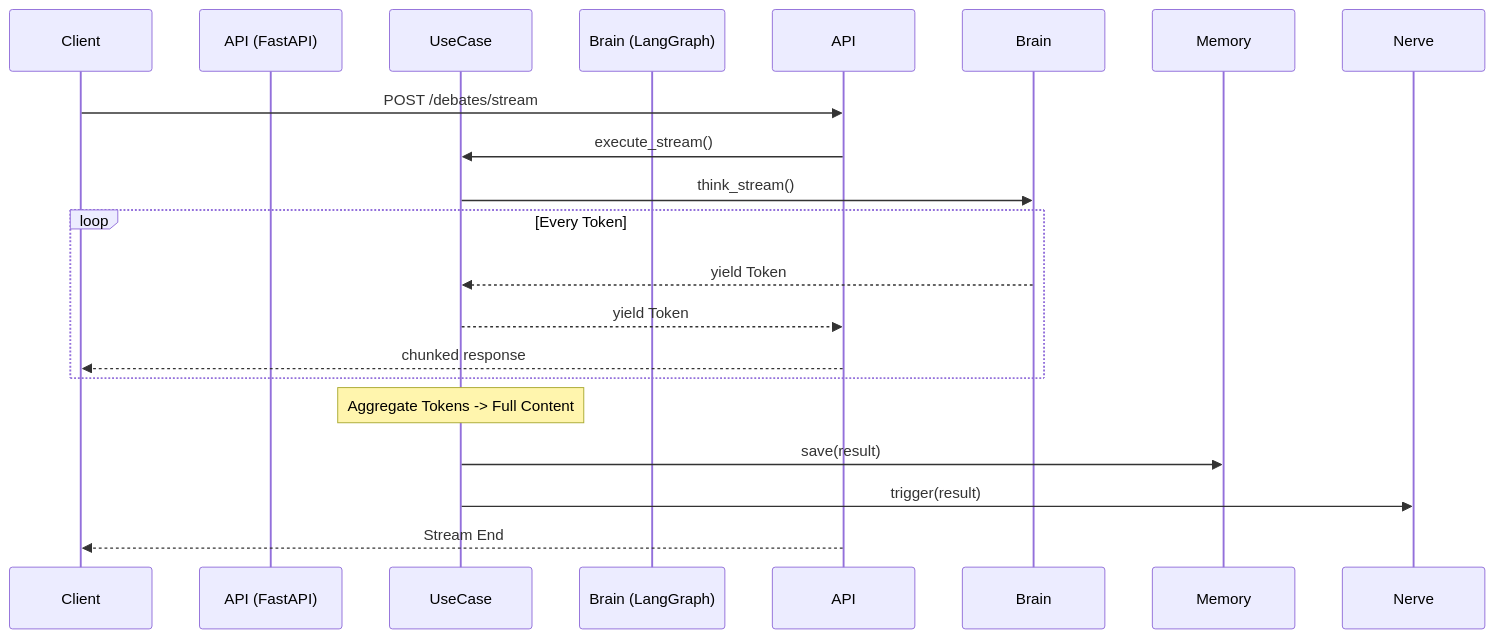
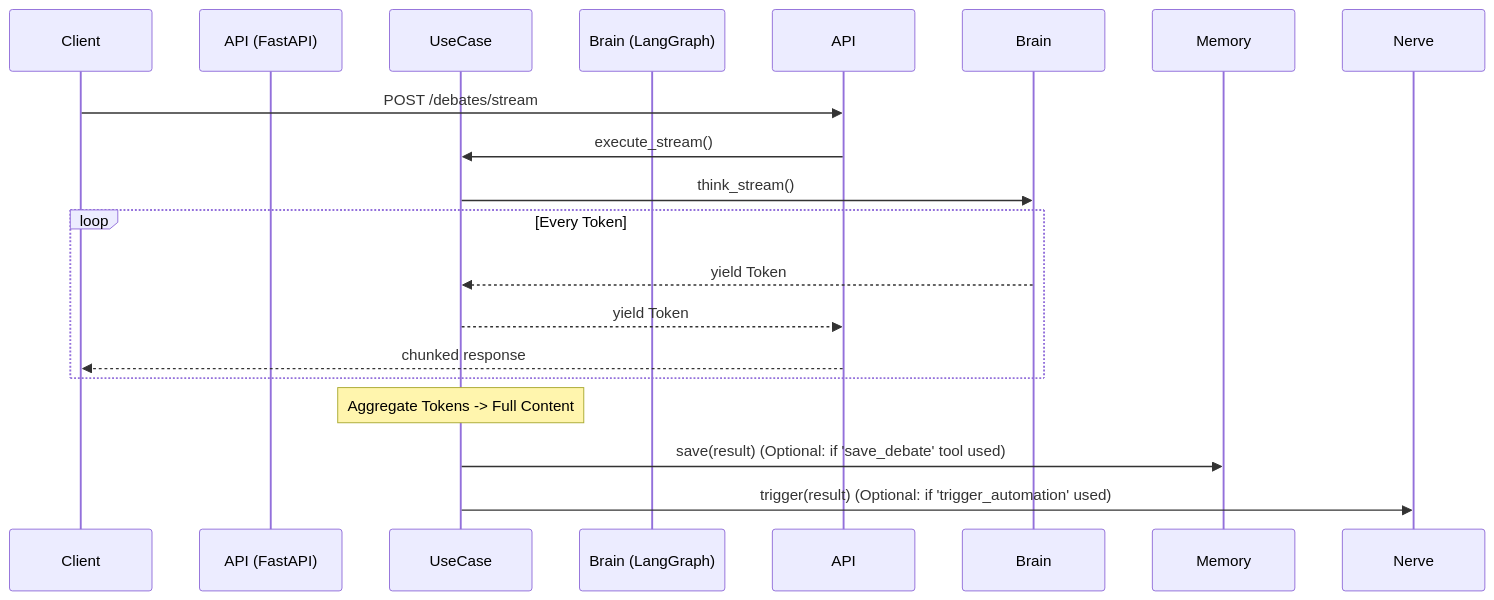
One commit to Changsik00/thinking_skill changed the second of 2 diagrams in docs/architecture.md. Above: the diagram before and after it, drawn with Mermaid. The commit also changed other lines of this file, not shown here.

Commit message:
docs: update architecture details (MCPO, Brain, Archiving)

````diff
--- a/docs/architecture.md
+++ b/docs/architecture.md
@@ -47,22 +47,21 @@
 ```mermaid
 sequenceDiagram
     participant Client
     participant API (FastAPI)
     participant UseCase
     participant Brain (LangGraph)
     
     Client->>API: POST /debates/stream
     API->>UseCase: execute_stream()
     UseCase->>Brain: think_stream()
     
     loop Every Token
         Brain-->>UseCase: yield Token
         UseCase-->>API: yield Token
         API-->>Client: chunked response
     end
     
     Note over UseCase: Aggregate Tokens -> Full Content
-    UseCase->>Memory: save(result)
-    UseCase->>Nerve: trigger(result)
-    API-->>Client: Stream End
+    UseCase->>Memory: save(result) (Optional: if 'save_debate' tool used)
+    UseCase->>Nerve: trigger(result) (Optional: if 'trigger_automation' used)
 ```
````
